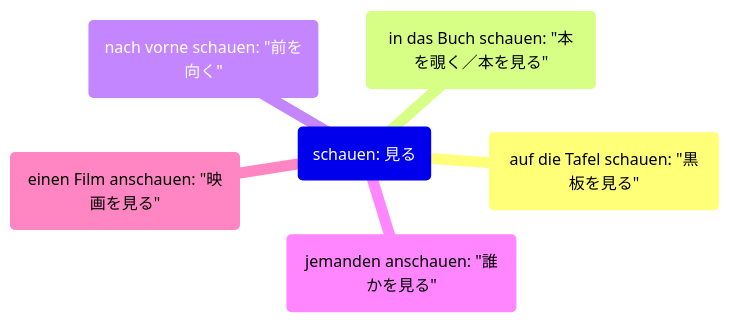
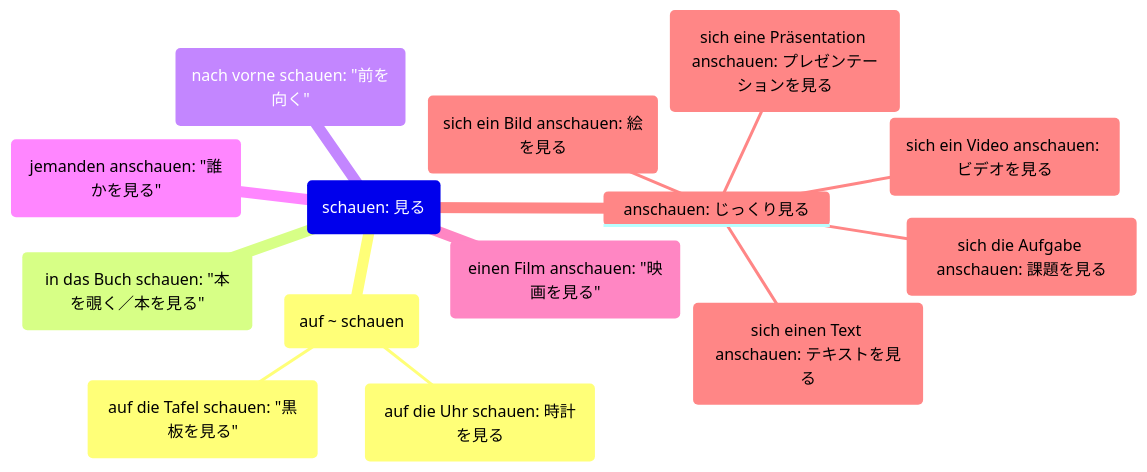
One commit to hyonsoku/mindmap changed the diagram in Dutesch/Verb/schauen.md. Above: the diagram before and after it, drawn with Mermaid. The commit also changed 2 other files, not shown here.

````diff
--- a/Dutesch/Verb/schauen.md
+++ b/Dutesch/Verb/schauen.md
@@ -3,9 +3,17 @@
 ```mermaid
 mindmap
     root(schauen: 見る)
-        (auf die Tafel schauen: "黒板を見る")
+        (auf ~ schauen)
+            (auf die Tafel schauen: "黒板を見る")
+            (auf die Uhr schauen: 時計を見る)
         (in das Buch schauen: "本を覗く／本を見る")
         (nach vorne schauen: "前を向く")
         (jemanden anschauen: "誰かを見る")
         (einen Film anschauen: "映画を見る")
+        anschauen: じっくり見る
+            (sich eine Präsentation anschauen: プレゼンテーションを見る)
+            (sich einen Text anschauen: テキストを見る)
+            (sich die Aufgabe anschauen: 課題を見る)
+            (sich ein Video anschauen: ビデオを見る)
+            (sich ein Bild anschauen: 絵を見る)
 ```
````
